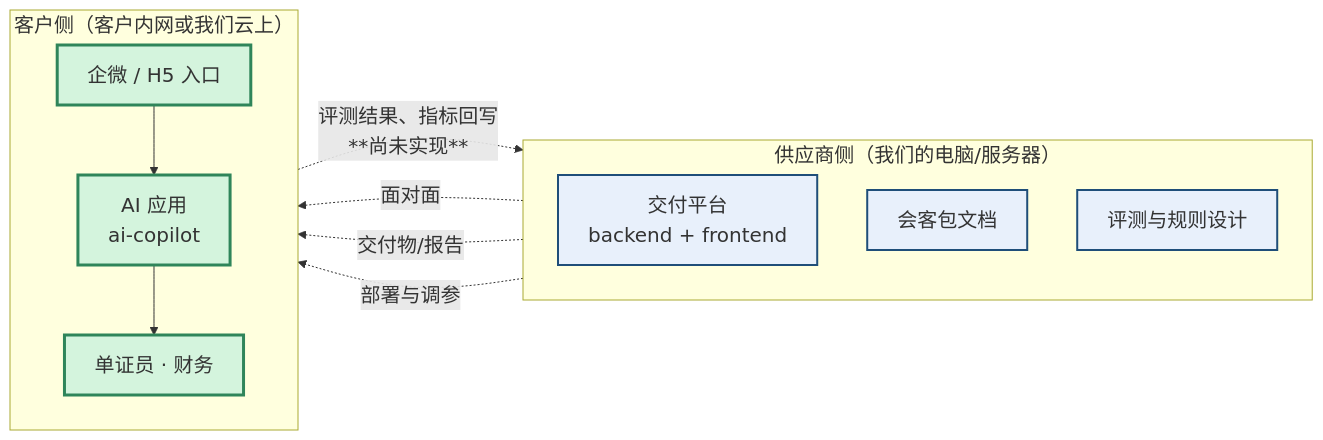
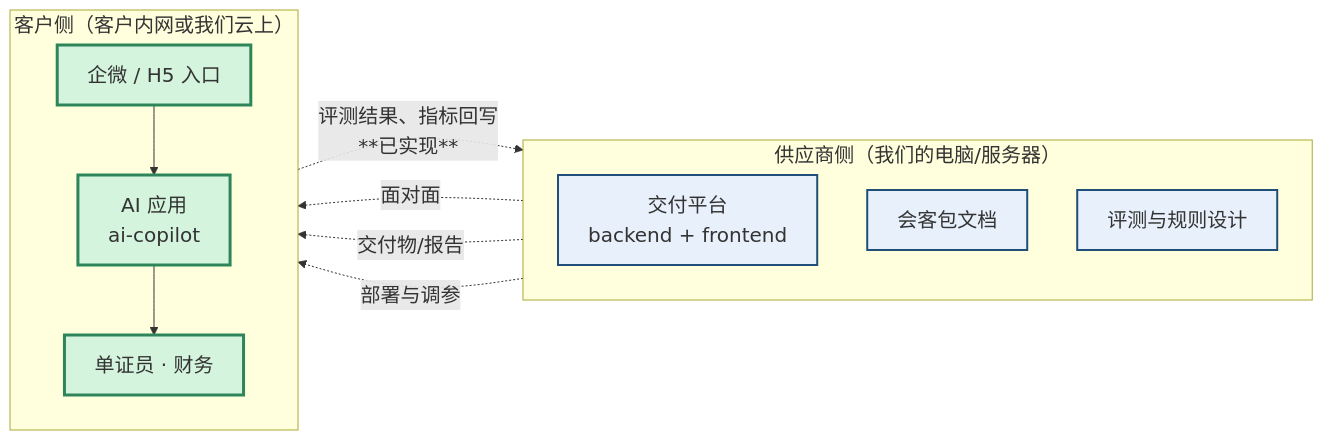
Before and after one commit to roma007/Enterprise-AI: the diagram in 会客包/12_系统边界与落地清单.md, drawn with Mermaid. The commit also changed other lines of this file and 7 other files, not shown here.

````diff
--- a/会客包/12_系统边界与落地清单.md
+++ b/会客包/12_系统边界与落地清单.md
@@ -25,28 +25,28 @@
 ```mermaid
 %%{init: {"themeVariables": {"fontSize": "20px"}, "flowchart": {"useMaxWidth": false, "nodeSpacing": 50, "rankSpacing": 45, "htmlWrap": true}}}%%
 flowchart LR
   subgraph V["供应商侧（我们的电脑/服务器）"]
     direction TB
     V1["交付平台<br/>backend + frontend"]
     V2["会客包文档"]
     V3["评测与规则设计"]
   end
 
   subgraph C["客户侧（客户内网或我们云上）"]
     direction TB
     C1["AI 应用<br/>ai-copilot"]
     C2["企微 / H5 入口"]
     C3["单证员 · 财务"]
   end
 
   V2 -.->|面对面| C3
   V1 -.->|交付物/报告| C3
   V3 -.->|部署与调参| C1
   C2 --> C1 --> C3
-  C1 -.->|评测结果、指标回写<br/>**尚未实现**| V1
+  C1 -.->|评测结果、指标回写<br/>**已实现**| V1
 
   classDef vendor fill:#e8f0fb,stroke:#1f4e79,stroke-width:2px
   classDef client fill:#d4f4dd,stroke:#2f855a,stroke-width:3px
   class V1,V2,V3 vendor
   class C1,C2,C3 client
 ```
````
